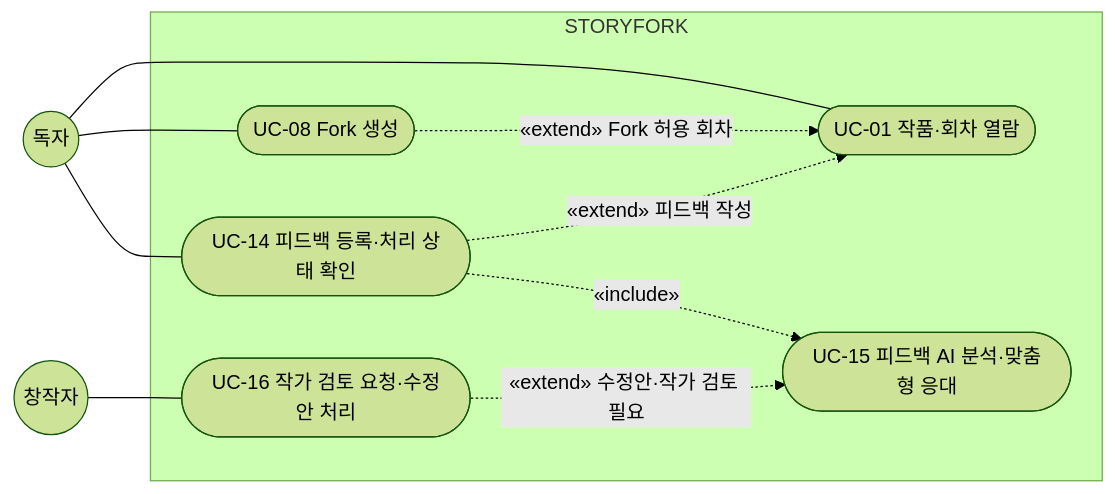
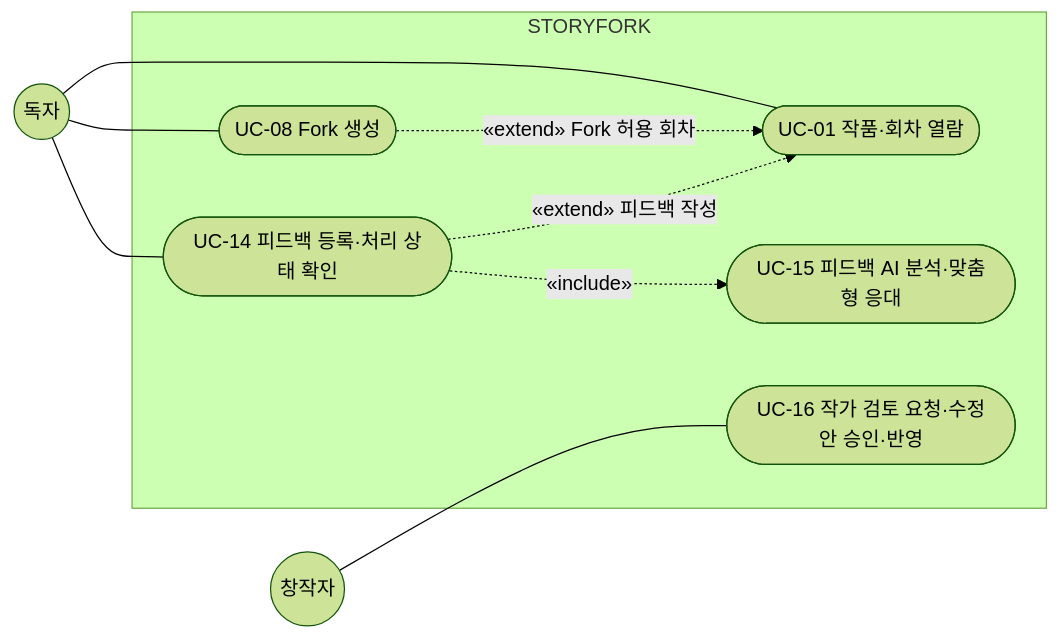
The sixth of 9 diagrams in docs/usecase.md (SKNETWORKS-FAMILY-AICAMP/SKN34-FINAL-4TEAM), drawn with Mermaid (forest theme) before and after one commit. The commit also changed other lines of this file and 1 other file, not shown here.

````diff
--- a/docs/usecase.md
+++ b/docs/usecase.md
@@ -285,20 +285,19 @@
 ```mermaid
 flowchart LR
   R(("독자"))
   C(("창작자"))
   subgraph SYS["STORYFORK"]
     U01(["UC-01 작품·회차 열람"])
     U08(["UC-08 Fork 생성"])
     U14(["UC-14 피드백 등록·처리 상태 확인"])
     U15(["UC-15 피드백 AI 분석·맞춤형 응대"])
-    U16(["UC-16 작가 검토 요청·수정안 처리"])
+    U16(["UC-16 작가 검토 요청·수정안 승인·반영"])
   end
   R --- U01
   R --- U08
   R --- U14
   C --- U16
   U08 -.->|"«extend» Fork 허용 회차"| U01
   U14 -.->|"«extend» 피드백 작성"| U01
   U14 -.->|"«include»"| U15
-  U16 -.->|"«extend» 수정안·작가 검토 필요"| U15
 ```
````
